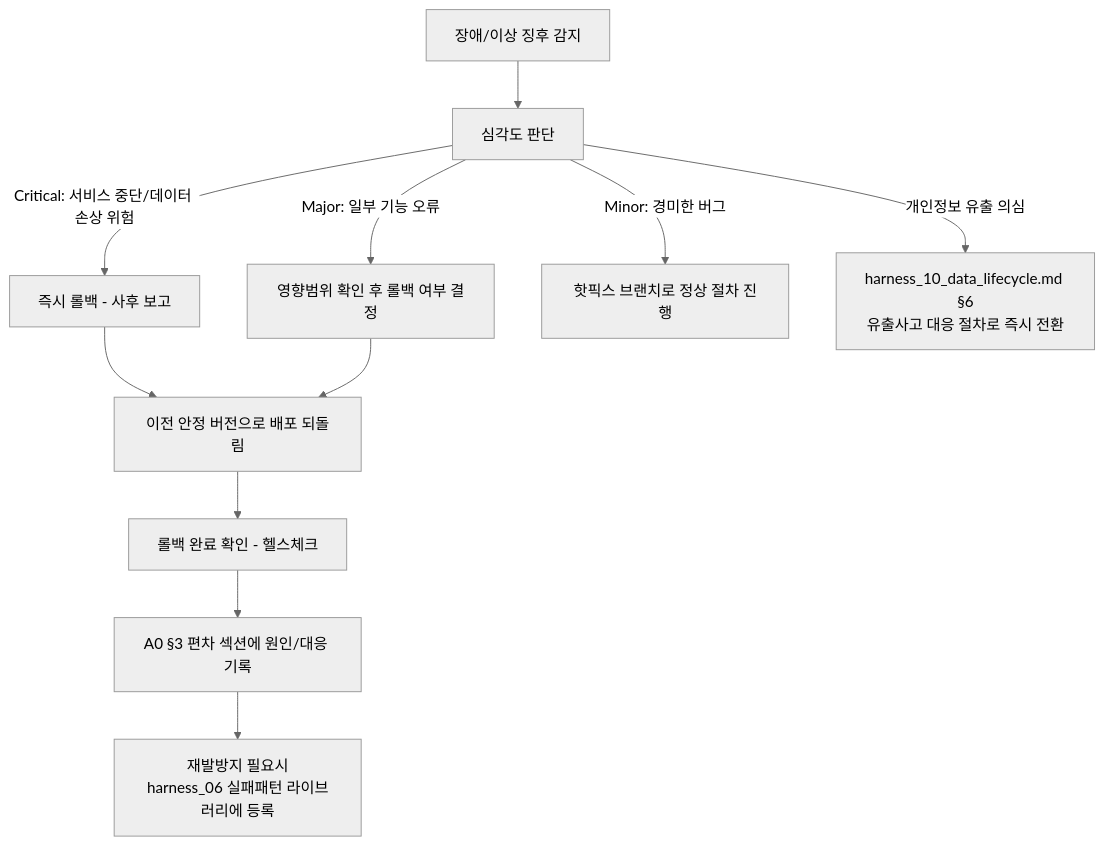
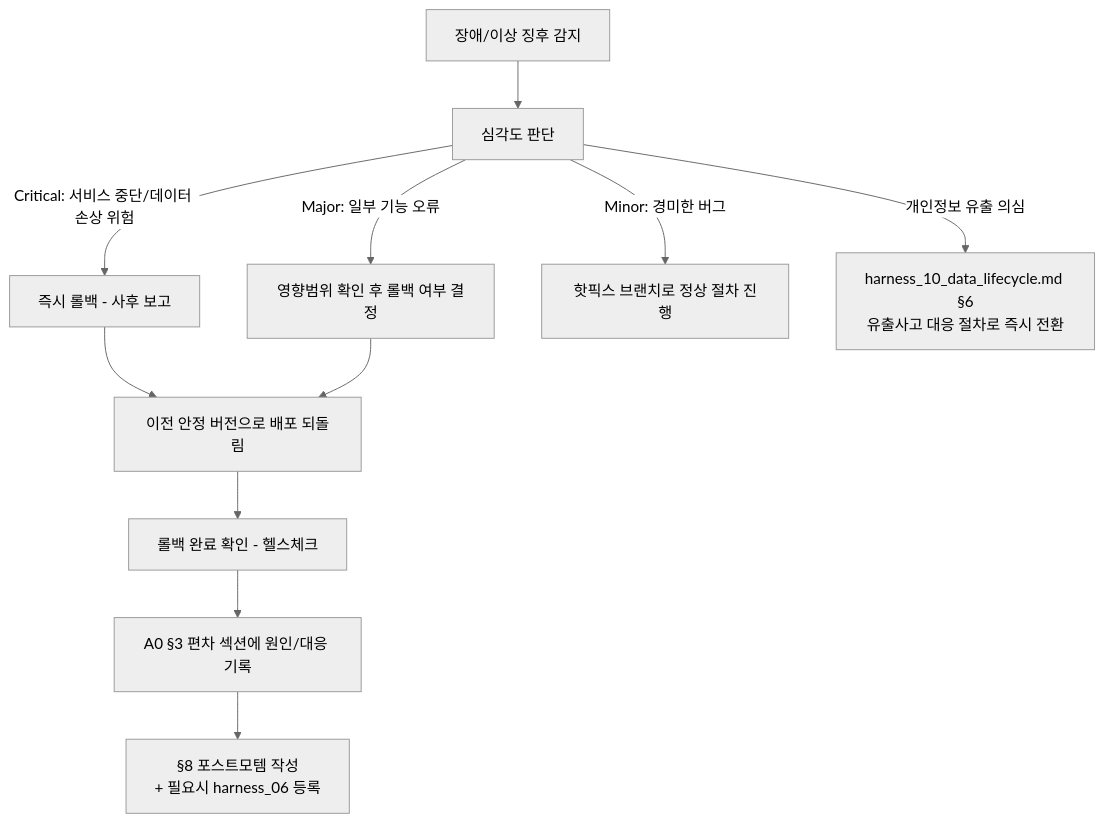
Before and after one commit to jcs19752510-ui/HARNESS_BASIC: the third of 3 diagrams in harness/harness_09_deployment_runbook.md, drawn with Mermaid (neutral theme). The commit also changed other lines of this file and 10 other files, not shown here.

````diff
--- a/harness/harness_09_deployment_runbook.md
+++ b/harness/harness_09_deployment_runbook.md
@@ -90,13 +90,13 @@
 ```mermaid
 flowchart TD
     A[장애/이상 징후 감지] --> B[심각도 판단]
     B -->|Critical: 서비스 중단/데이터 손상 위험| C[즉시 롤백 - 사후 보고]
     B -->|Major: 일부 기능 오류| D[영향범위 확인 후 롤백 여부 결정]
     B -->|Minor: 경미한 버그| E[핫픽스 브랜치로 정상 절차 진행]
     B -->|개인정보 유출 의심| Z["harness_10_data_lifecycle.md §6<br/>유출사고 대응 절차로 즉시 전환"]
     C --> F[이전 안정 버전으로 배포 되돌림]
     D --> F
     F --> G[롤백 완료 확인 - 헬스체크]
     G --> H[A0 §3 편차 섹션에 원인/대응 기록]
-    H --> I["재발방지 필요시<br/>harness_06 실패패턴 라이브러리에 등록"]
+    H --> I["§8 포스트모템 작성<br/>+ 필요시 harness_06 등록"]
 ```
````
